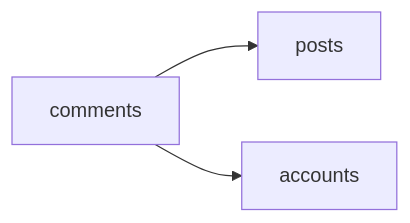
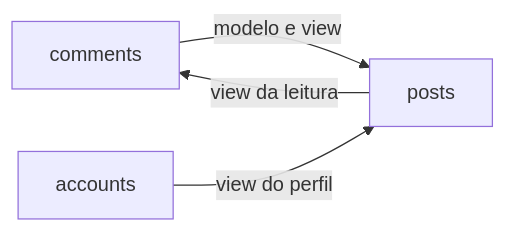
One commit to ataraxia-ppads/ataraxia-blog changed the first of 2 diagrams in docs/arquitetura.md. Above: the diagram before and after it, drawn with Mermaid. The commit also changed other lines of this file and 19 other files, not shown here.

````diff
--- a/docs/arquitetura.md
+++ b/docs/arquitetura.md
@@ -27,5 +27,6 @@
 ```mermaid
 flowchart LR
-    comments --> posts
-    comments --> accounts
+    comments -->|modelo e view| posts
+    posts -->|view da leitura| comments
+    accounts -->|view do perfil| posts
 ```
````
